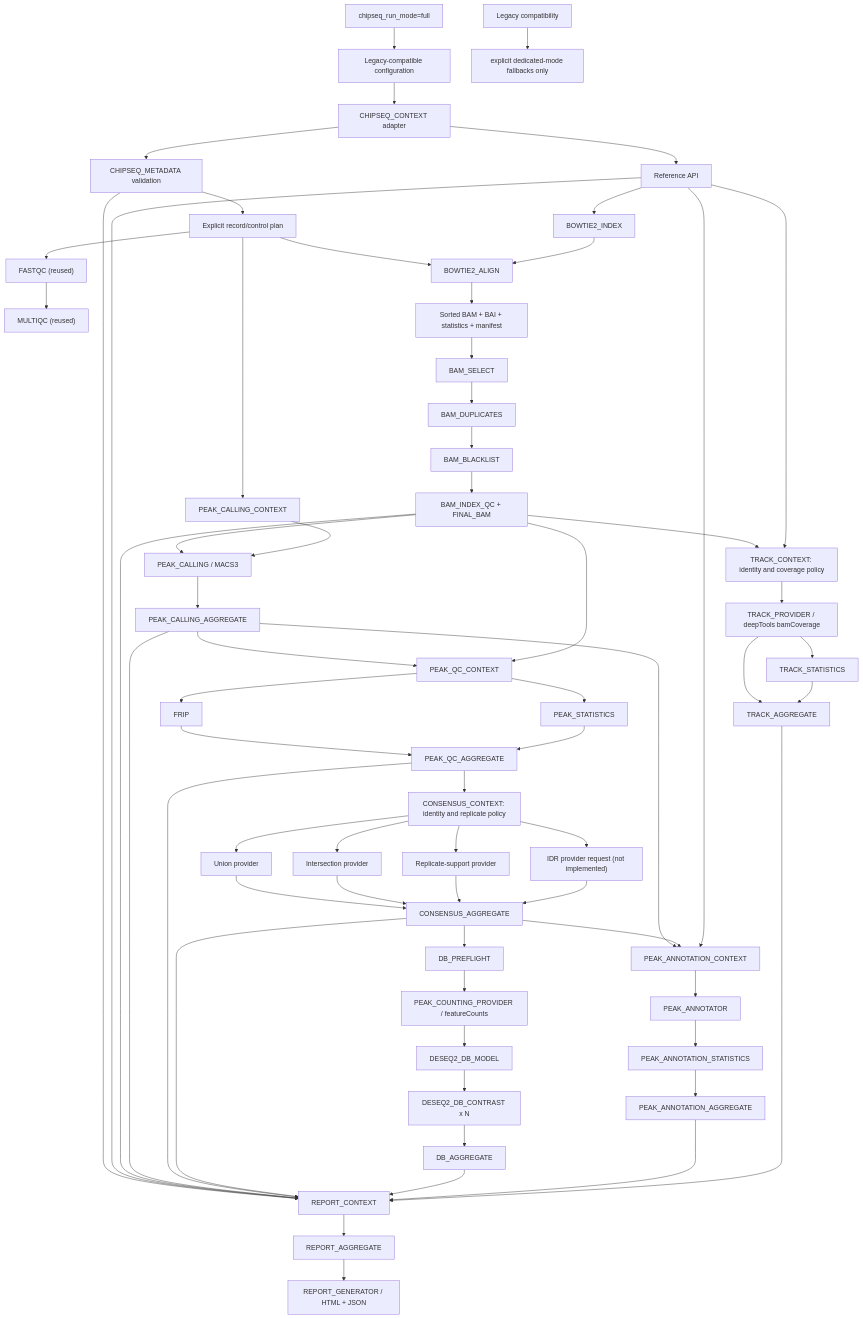
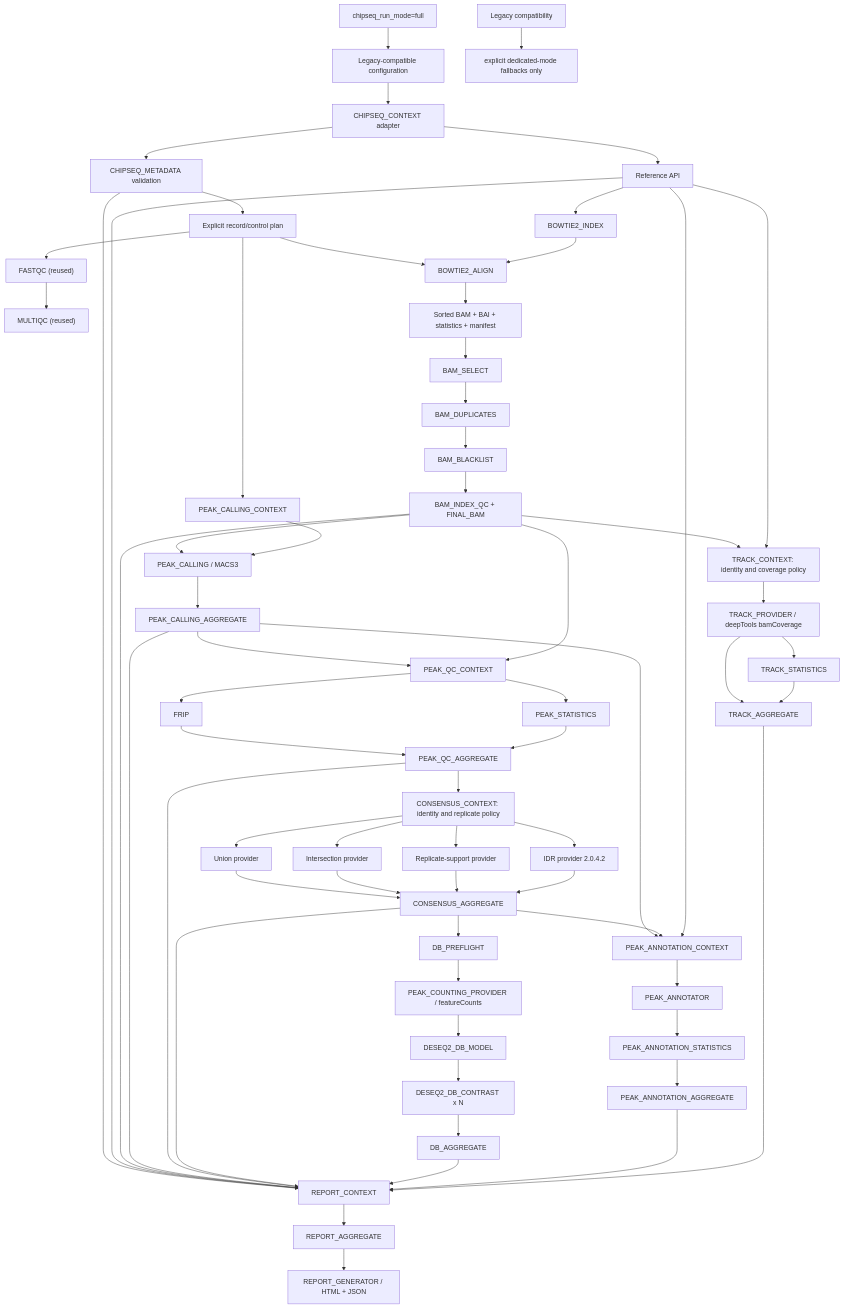
One commit to GMiguelAlves/HelixForge changed the diagram in docs/chipseq-architecture.md. Above: the diagram before and after it, drawn with Mermaid. The commit also changed other lines of this file and 16 other files, not shown here.

````diff
--- a/docs/chipseq-architecture.md
+++ b/docs/chipseq-architecture.md
@@ -7,71 +7,71 @@
 ```mermaid
 flowchart TD
     CFG["Legacy-compatible configuration"] --> CTX["CHIPSEQ_CONTEXT adapter"]
     CTX --> META["CHIPSEQ_METADATA validation"]
     META --> PLAN["Explicit record/control plan"]
     PLAN --> FQ["FASTQC (reused)"]
     FQ --> MQ["MULTIQC (reused)"]
     CTX --> REF["Reference API"]
     REF --> BI["BOWTIE2_INDEX"]
     PLAN --> BA["BOWTIE2_ALIGN"]
     BI --> BA
     BA --> BAM["Sorted BAM + BAI + statistics + manifest"]
 
     BAM --> SEL["BAM_SELECT"]
     SEL --> DUP["BAM_DUPLICATES"]
     DUP --> BL["BAM_BLACKLIST"]
     BL --> FINAL["BAM_INDEX_QC + FINAL_BAM"]
     PLAN --> PCTX["PEAK_CALLING_CONTEXT"]
     FINAL --> PC["PEAK_CALLING / MACS3"]
     PCTX --> PC
     PC --> PAGG["PEAK_CALLING_AGGREGATE"]
     PAGG --> PQC["PEAK_QC_CONTEXT"]
     FINAL --> PQC
     PQC --> FRIP["FRIP"]
     PQC --> PSTAT["PEAK_STATISTICS"]
     FRIP --> QAGG["PEAK_QC_AGGREGATE"]
     PSTAT --> QAGG
     QAGG --> CCTX["CONSENSUS_CONTEXT: identity and replicate policy"]
     CCTX --> UNION["Union provider"]
     CCTX --> INTER["Intersection provider"]
     CCTX --> SUPPORT["Replicate-support provider"]
-    CCTX --> IDR["IDR provider request (not implemented)"]
+    CCTX --> IDR["IDR provider 2.0.4.2"]
     UNION --> CAGG["CONSENSUS_AGGREGATE"]
     INTER --> CAGG
     SUPPORT --> CAGG
     IDR --> CAGG
     CAGG --> DBP["DB_PREFLIGHT"]
     DBP --> COUNT["PEAK_COUNTING_PROVIDER / featureCounts"]
     COUNT --> DBM["DESEQ2_DB_MODEL"]
     DBM --> DBC["DESEQ2_DB_CONTRAST x N"]
     DBC --> DBA["DB_AGGREGATE"]
 
     PAGG --> ACTX["PEAK_ANNOTATION_CONTEXT"]
     CAGG --> ACTX
     REF --> ACTX
     ACTX --> ANNO["PEAK_ANNOTATOR"]
     ANNO --> ASTAT["PEAK_ANNOTATION_STATISTICS"]
     ASTAT --> AAGG["PEAK_ANNOTATION_AGGREGATE"]
 
     FINAL --> TCTX["TRACK_CONTEXT: identity and coverage policy"]
     REF --> TCTX
     TCTX --> TPROV["TRACK_PROVIDER / deepTools bamCoverage"]
     TPROV --> TSTAT["TRACK_STATISTICS"]
     TPROV --> TAGG["TRACK_AGGREGATE"]
     TSTAT --> TAGG
 
     META --> RCTX["REPORT_CONTEXT"]
     REF --> RCTX
     FINAL --> RCTX
     PAGG --> RCTX
     QAGG --> RCTX
     CAGG --> RCTX
     DBA --> RCTX
     AAGG --> RCTX
     TAGG --> RCTX
     RCTX --> RAGG["REPORT_AGGREGATE"]
     RAGG --> RGEN["REPORT_GENERATOR / HTML + JSON"]
 
     FULL["chipseq_run_mode=full"] --> CFG
     LEG["Legacy compatibility"] --> FALLBACK["explicit dedicated-mode fallbacks only"]
 ```
````
